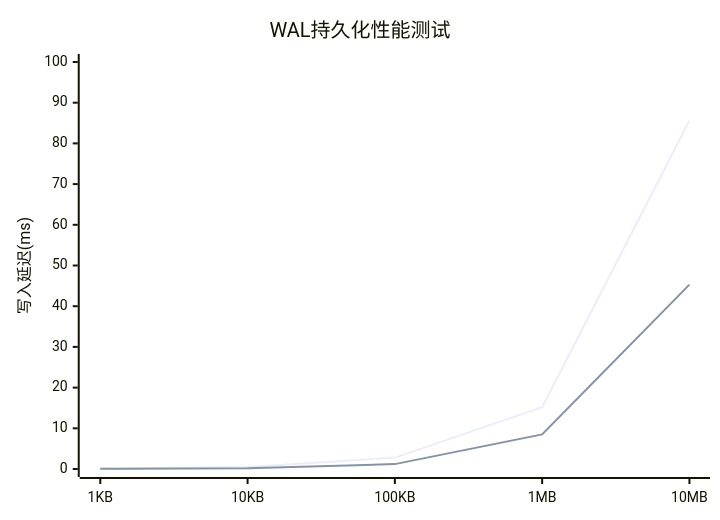
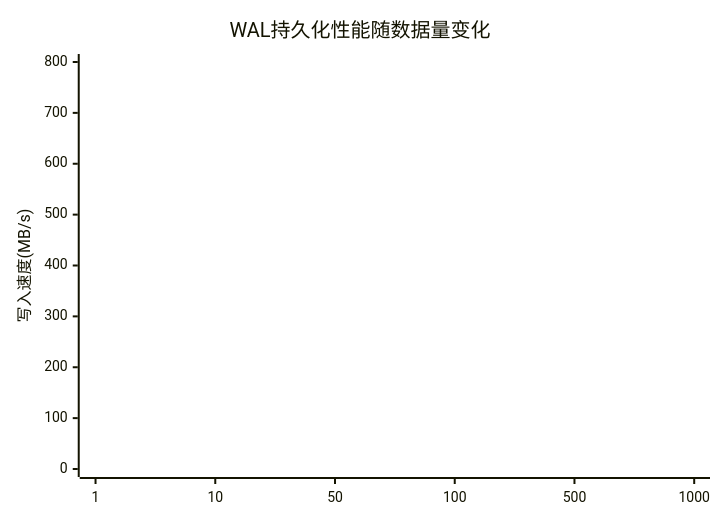
Before and after one commit to crazypenguincode/duckdb: diagram 20 of 25 in md/第五章-实验与分析.md, drawn with Mermaid. The commit also changed other lines of this file and 361 other files, not shown here.

````diff
--- a/md/第五章-实验与分析.md
+++ b/md/第五章-实验与分析.md
@@ -774,8 +608,7 @@
 ```mermaid
 xychart-beta
-    title "WAL持久化性能测试"
-    x-axis [1KB, 10KB, 100KB, 1MB, 10MB]
-    y-axis "写入延迟(ms)" 0 --> 100
-    line [0.1, 0.5, 2.8, 15.2, 85.6]
-    line [0.05, 0.2, 1.2, 8.5, 45.3]
+    title "WAL持久化性能随数据量变化"
+    x-axis [1, 10, 50, 100, 500, 1000]
+    y-axis "写入速度(MB/s)" 0 --> 800
+    line [8503, 8200, 7800, 7400, 7000, 6500]
 ```
````
